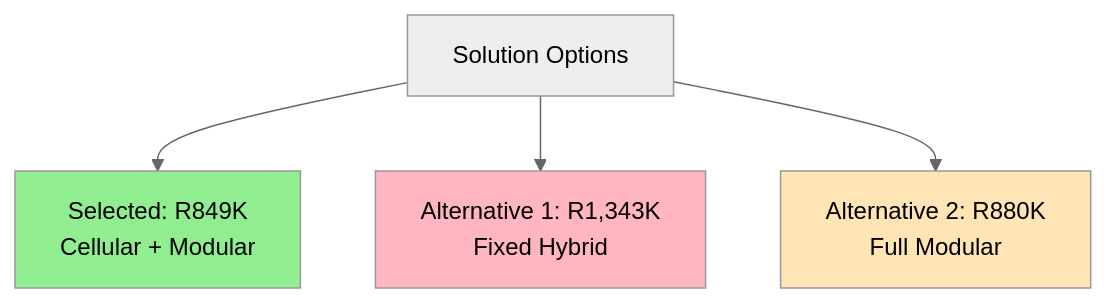
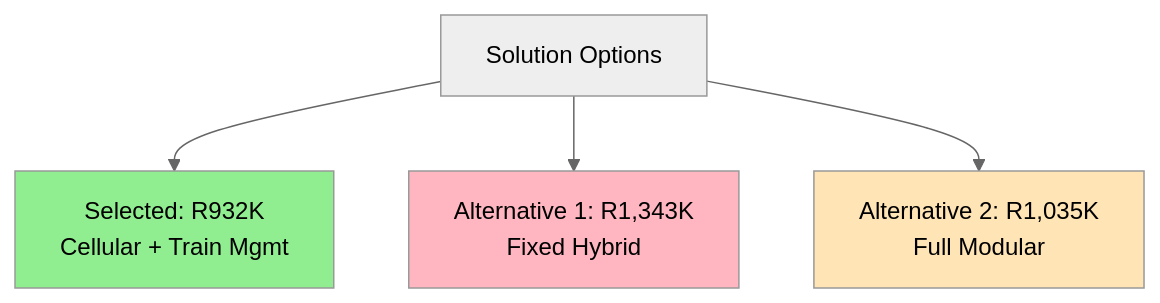
Before and after one commit to transnet-eduard-reitmann/locomotive-tracking-unit: the seventh of 9 diagrams in docs/executive-summary.md, drawn with Mermaid (neutral theme). The commit also changed other lines of this file and 16 other files, not shown here.

````diff
--- a/docs/executive-summary.md
+++ b/docs/executive-summary.md
@@ -198,10 +199,10 @@
 ```mermaid
 graph TD
-    A[Solution Options] --> B[Selected: R849K<br/>Cellular + Modular]
+    A[Solution Options] --> B[Selected: R932K<br/>Cellular + Train Mgmt]
     A --> C[Alternative 1: R1,343K<br/>Fixed Hybrid]
-    A --> D[Alternative 2: R880K<br/>Full Modular]
+    A --> D[Alternative 2: R1,035K<br/>Full Modular]
     
     style B fill:#90EE90
     style C fill:#FFB6C1
     style D fill:#FFE4B5
 ```
````
